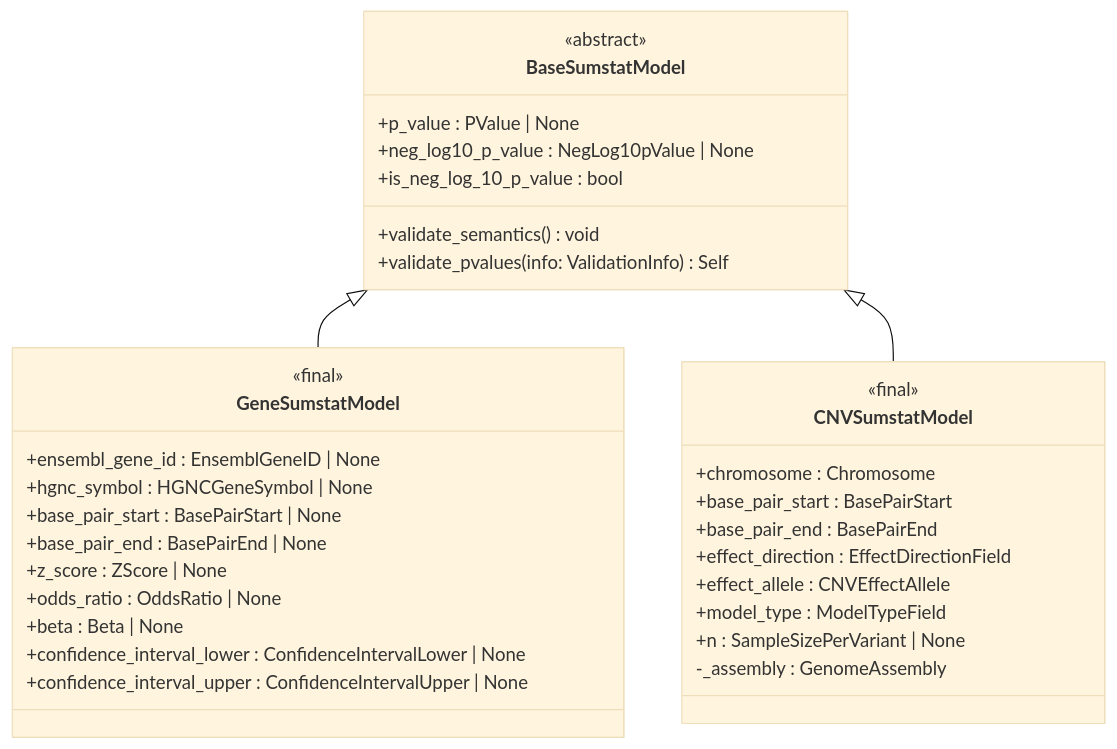
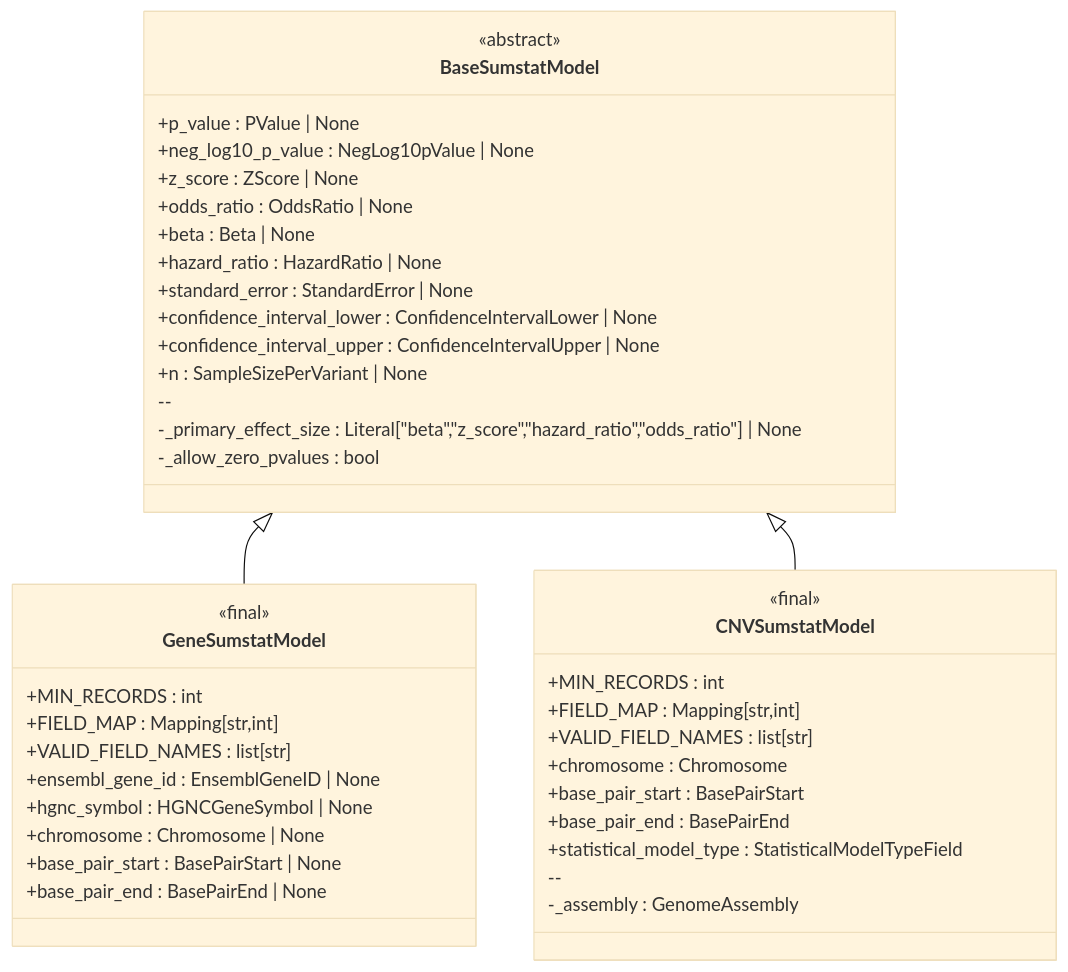
The diagram in sumstatlib/README.md (EBISPOT/gwas-beyond-snps), drawn with Mermaid (base theme) before and after one commit. The commit also changed other lines of this file, not shown here.

Commit message:
Revise README with updated data model details
Updated the data model overview and implementation instructions in the README. Added new fields to the GeneSumstatModel and CNVSumstatModel classes.

````diff
--- a/sumstatlib/README.md
+++ b/sumstatlib/README.md
@@ -16,46 +8,62 @@
 ```mermaid
 classDiagram
     direction TB
 
-    class GeneSumstatModel {
-        <<final>>
-        +ensembl_gene_id : EnsemblGeneID | None
-        +hgnc_symbol : HGNCGeneSymbol | None
+    class BaseSumstatModel {
+        <<abstract>>
 
-        +base_pair_start : BasePairStart | None
-        +base_pair_end : BasePairEnd | None
+        %% configuration (conceptual)
+        +p_value : PValue | None
+        +neg_log10_p_value : NegLog10pValue | None
 
         +z_score : ZScore | None
         +odds_ratio : OddsRatio | None
         +beta : Beta | None
+        +hazard_ratio : HazardRatio | None
+        +standard_error : StandardError | None
 
         +confidence_interval_lower : ConfidenceIntervalLower | None
         +confidence_interval_upper : ConfidenceIntervalUpper | None
+
+        +n : SampleSizePerVariant | None
+
+        --
+        -_primary_effect_size : Literal["beta","z_score","hazard_ratio","odds_ratio"] | None
+
+        -_allow_zero_pvalues : bool
     }
 
     class CNVSumstatModel {
         <<final>>
+
+        +MIN_RECORDS : int
+        +FIELD_MAP : Mapping[str,int]
+        +VALID_FIELD_NAMES : list[str]
+
         +chromosome : Chromosome
         +base_pair_start : BasePairStart
         +base_pair_end : BasePairEnd
-        +effect_direction : EffectDirectionField
-        +effect_allele : CNVEffectAllele
-        +model_type : ModelTypeField
-        +n : SampleSizePerVariant | None
+        +statistical_model_type : StatisticalModelTypeField
 
+        --
         -_assembly : GenomeAssembly
     }
 
-    class BaseSumstatModel {
-        <<abstract>>
-        +p_value : PValue | None
-        +neg_log10_p_value : NegLog10pValue | None
+    class GeneSumstatModel {
+        <<final>>
 
-        +validate_semantics() void
-        +validate_pvalues(info: ValidationInfo) Self
-        +is_neg_log_10_p_value : bool
+        +MIN_RECORDS : int
+        +FIELD_MAP : Mapping[str,int]
+        +VALID_FIELD_NAMES : list[str]
+
+        +ensembl_gene_id : EnsemblGeneID | None
+        +hgnc_symbol : HGNCGeneSymbol | None
+
+        +chromosome : Chromosome | None
+        +base_pair_start : BasePairStart | None
+        +base_pair_end : BasePairEnd | None
     }
 
     BaseSumstatModel <|-- GeneSumstatModel
     BaseSumstatModel <|-- CNVSumstatModel
 ```
````
